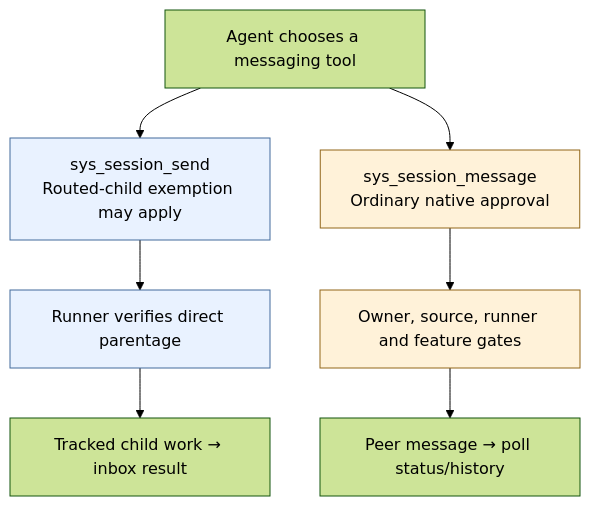
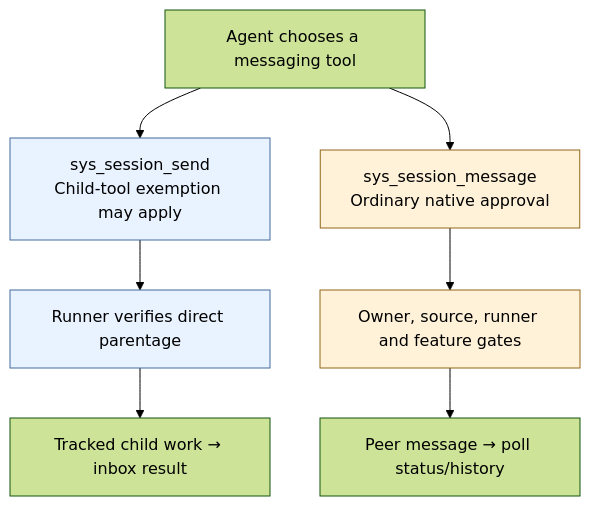
One commit to 24601/omnigent changed the diagram in docs/session-messaging-tool-boundary.md. Above: the diagram before and after it, drawn with Mermaid (forest theme). The commit also changed other lines of this file, not shown here.

Commit message:
docs: include Cursor in messaging approval rationale (#12358)

````diff
--- a/docs/session-messaging-tool-boundary.md
+++ b/docs/session-messaging-tool-boundary.md
@@ -30,13 +32,13 @@
 ```mermaid
 flowchart TD
-    A["Agent chooses a messaging tool"] --> S["sys_session_send<br/>Routed-child exemption may apply"]
+    A["Agent chooses a messaging tool"] --> S["sys_session_send<br/>Child-tool exemption may apply"]
     A --> M["sys_session_message<br/>Ordinary native approval"]
     S --> C["Runner verifies direct parentage"]
     C --> I["Tracked child work → inbox result"]
     M --> G["Owner, source, runner and feature gates"]
     G --> P["Peer message → poll status/history"]
     style S fill:#e9f2ff,stroke:#426b9c
     style C fill:#e9f2ff,stroke:#426b9c
     style M fill:#fff2d9,stroke:#926619
     style G fill:#fff2d9,stroke:#926619
 ```
````
